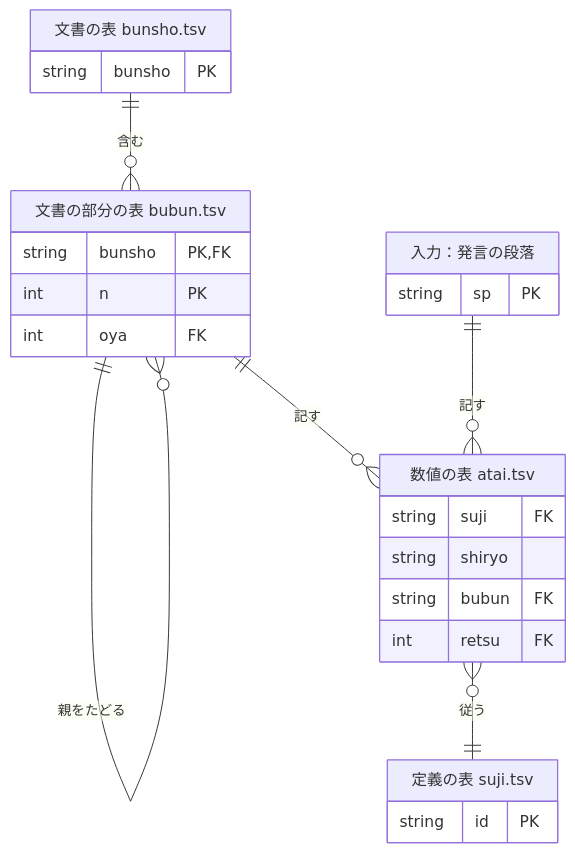
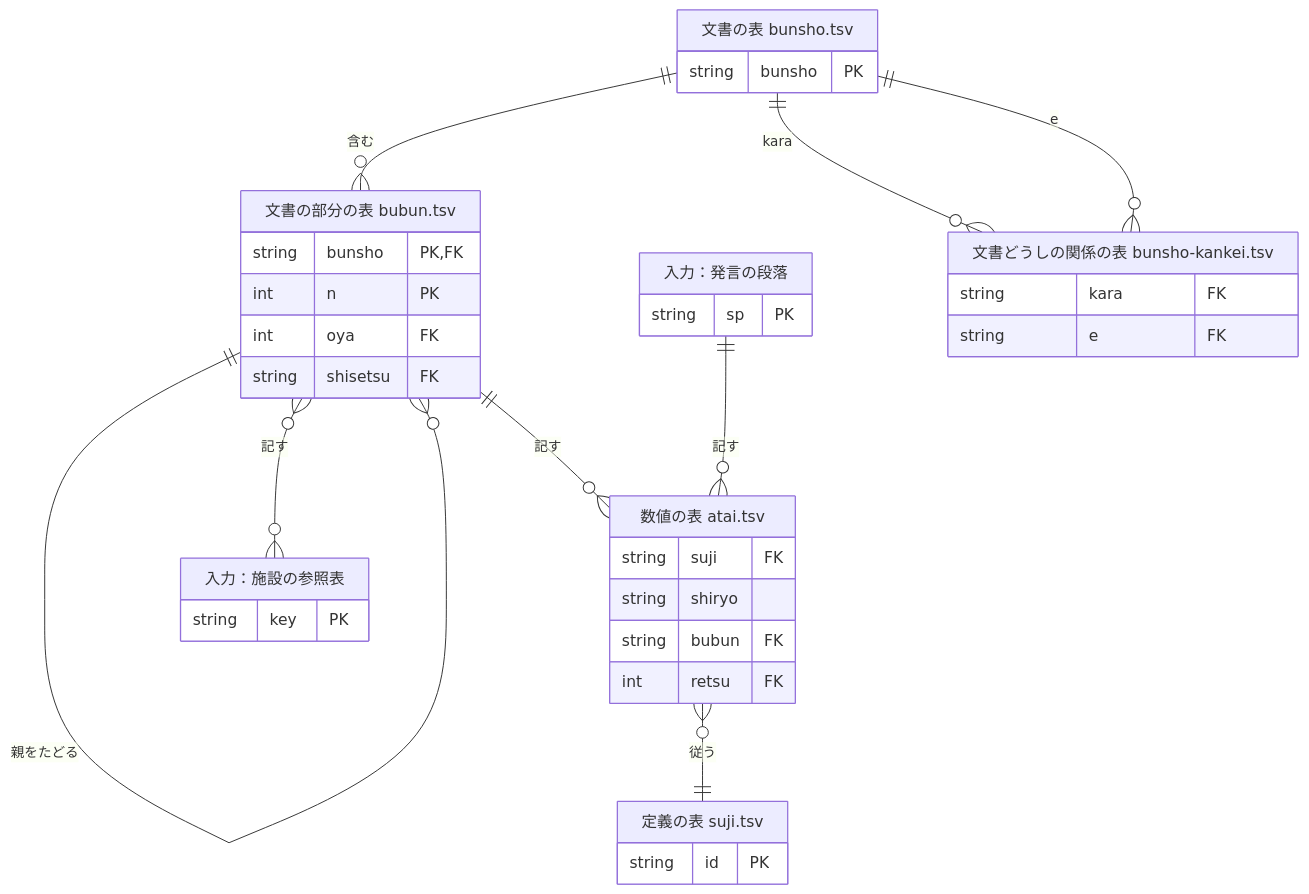
The diagram in SCHEMA.md (kken78/hino-context), drawn with Mermaid before and after one commit. The commit also changed other lines of this file and 2 other files, not shown here.

First line of the commit message:
文書：施設の参照表と施設の記録を読む範囲、施設の鍵、文書の部分の shisetsu、文書どうしの関係の表を書く

````diff
--- a/SCHEMA.md
+++ b/SCHEMA.md
@@ -199,28 +203,39 @@
 ```mermaid
 erDiagram
   BUNSHO ||--o{ BUBUN : "含む"
   BUBUN ||--o{ BUBUN : "親をたどる"
   BUBUN ||--o{ ATAI : "記す"
   DANRAKU ||--o{ ATAI : "記す"
   ATAI }o--|| SUJI : "従う"
+  BUBUN }o--o{ SHISETSU : "記す"
+  BUNSHO ||--o{ KANKEI : "kara"
+  BUNSHO ||--o{ KANKEI : "e"
   BUNSHO["文書の表 bunsho.tsv"] {
     string bunsho PK
   }
   BUBUN["文書の部分の表 bubun.tsv"] {
     string bunsho PK, FK
     int n PK
     int oya FK
+    string shisetsu FK
+  }
+  KANKEI["文書どうしの関係の表 bunsho-kankei.tsv"] {
+    string kara FK
+    string e FK
+  }
+  SHISETSU["入力：施設の参照表"] {
+    string key PK
   }
   ATAI["数値の表 atai.tsv"] {
     string suji FK
     string shiryo
     string bubun FK
     int retsu FK
   }
   SUJI["定義の表 suji.tsv"] {
     string id PK
   }
   DANRAKU["入力：発言の段落"] {
     string sp PK
   }
 ```
````
